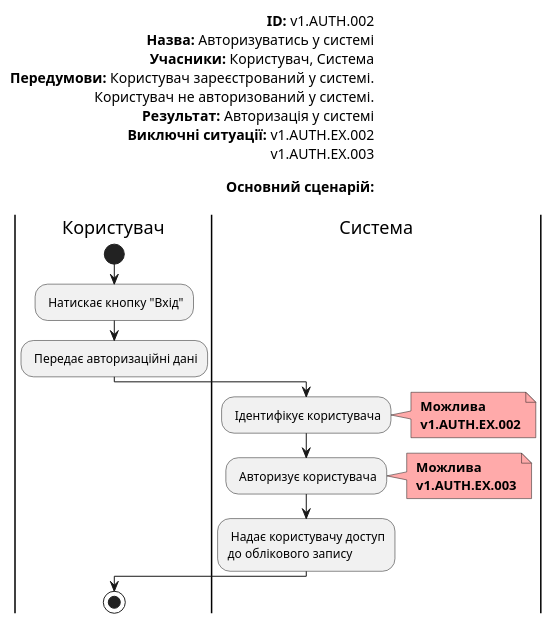
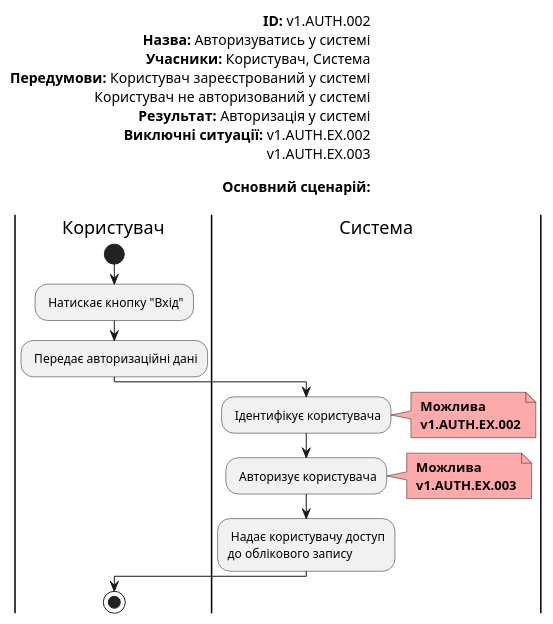
Before and after one commit to ic3top/QuizHub: the sixth of 19 diagrams in docs/use cases/README.md, drawn with PlantUML. The commit also changed other lines of this file, not shown here.

```diff
--- a/docs/use cases/README.md
+++ b/docs/use cases/README.md
@@ -131,39 +157,39 @@
 @startuml
 
     left header
         <font color=000 size=14><b>ID:</b> v1.AUTH.002
         <font color=000 size=14><b>Назва:</b> Авторизуватись у системі
         <font color=000 size=14><b>Учасники:</b> Користувач, Система
-        <font color=000 size=14><b>Передумови:</b> Користувач зареєстрований у системі.
-        <font color=000 size=14> Користувач не авторизований у системі.
+        <font color=000 size=14><b>Передумови:</b> Користувач зареєстрований у системі
+        <font color=000 size=14> Користувач не авторизований у системі
         <font color=000 size=14><b>Результат:</b> Авторизація у системі
         <font color=000 size=14><b>Виключні ситуації:</b> v1.AUTH.EX.002
         <font color=000 size=14> v1.AUTH.EX.003
 
         <font color=000 size=14><b>Основний сценарій:</b>
 
     end header
 
-|Користувач|
-start
-: Натискає кнопку "Вхід";
-: Передає авторизаційні дані;
-|Система|
-: Ідентифікує користувача;
-note right #ffaaaa
-<b> Можлива
-<b> v1.AUTH.EX.002
-end note
+        |Користувач|
+        start
+        : Натискає кнопку "Вхід";
+        : Передає авторизаційні дані;
+        |Система|
+        : Ідентифікує користувача;
+        note right #ffaaaa
+        <b> Можлива
+        <b> v1.AUTH.EX.002
+        end note
 
         : Авторизує користувача;
         note right #ffaaaa
         <b> Можлива
         <b> v1.AUTH.EX.003
         end note
 
         : Надає користувачу доступ
         до облікового запису;
     |Користувач|
         stop;
 
 @enduml
```
